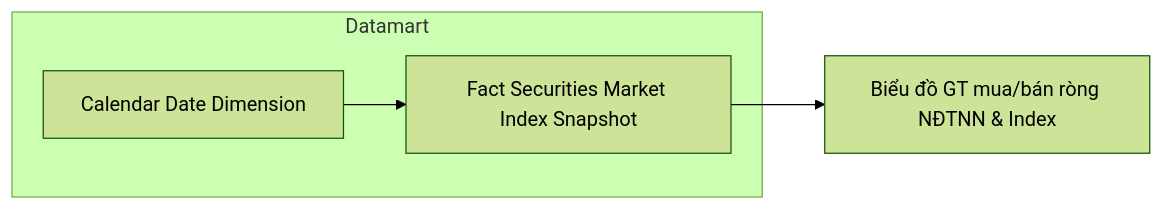
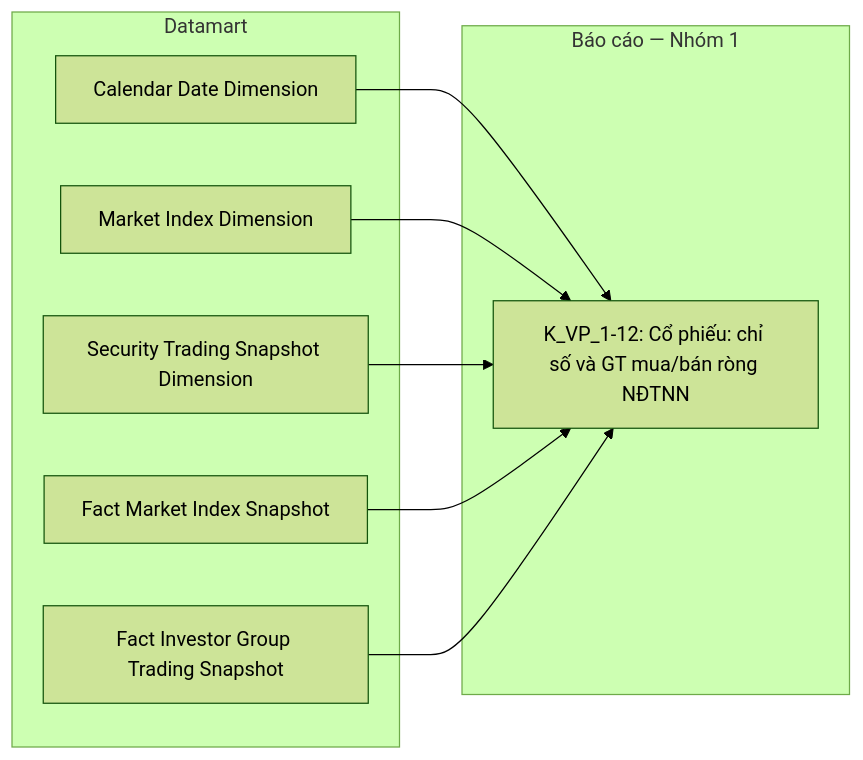
Before and after one commit to linhlvit/ubck_atomic_design: the ninth of 40 diagrams in Datamart/hld/DTM_VP_HLD.md, drawn with Mermaid (forest theme). The commit also changed other lines of this file and 25 other files, not shown here.

````diff
--- a/Datamart/hld/DTM_VP_HLD.md
+++ b/Datamart/hld/DTM_VP_HLD.md
@@ -272,9 +363,18 @@
 ```mermaid
 flowchart LR
     subgraph GOLD["Datamart"]
-        fct_scr_mkt_indx_snpst["Fact Securities Market Index Snapshot"]
-        cdr_dt_dim["Calendar Date Dimension"]
+        Calendar_Date_Dimension["Calendar Date Dimension"]
+        Market_Index_Dimension["Market Index Dimension"]
+        Security_Trading_Snapshot_Dimension["Security Trading Snapshot Dimension"]
+        Fact_Market_Index_Snapshot["Fact Market Index Snapshot"]
+        Fact_Investor_Group_Trading_Snapshot["Fact Investor Group Trading Snapshot"]
     end
-    cdr_dt_dim --> fct_scr_mkt_indx_snpst
-    fct_scr_mkt_indx_snpst --> RPT1["Biểu đồ GT mua/bán ròng NĐTNN & Index"]
+    subgraph RPT["Báo cáo — Nhóm 1"]
+        R1["K_VP_1-12: Cổ phiếu: chỉ số và GT mua/bán ròng NĐTNN"]
+    end
+    Calendar_Date_Dimension --> R1
+    Market_Index_Dimension --> R1
+    Security_Trading_Snapshot_Dimension --> R1
+    Fact_Market_Index_Snapshot --> R1
+    Fact_Investor_Group_Trading_Snapshot --> R1
 ```
````
